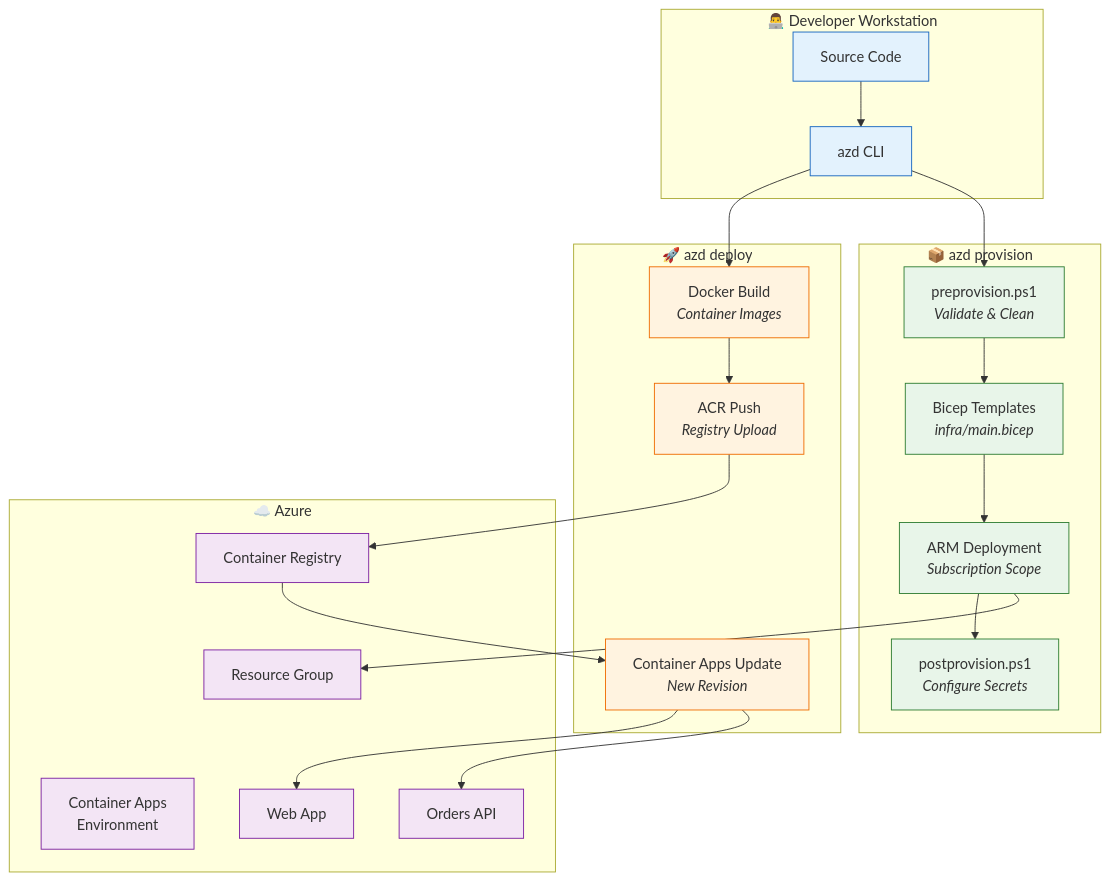
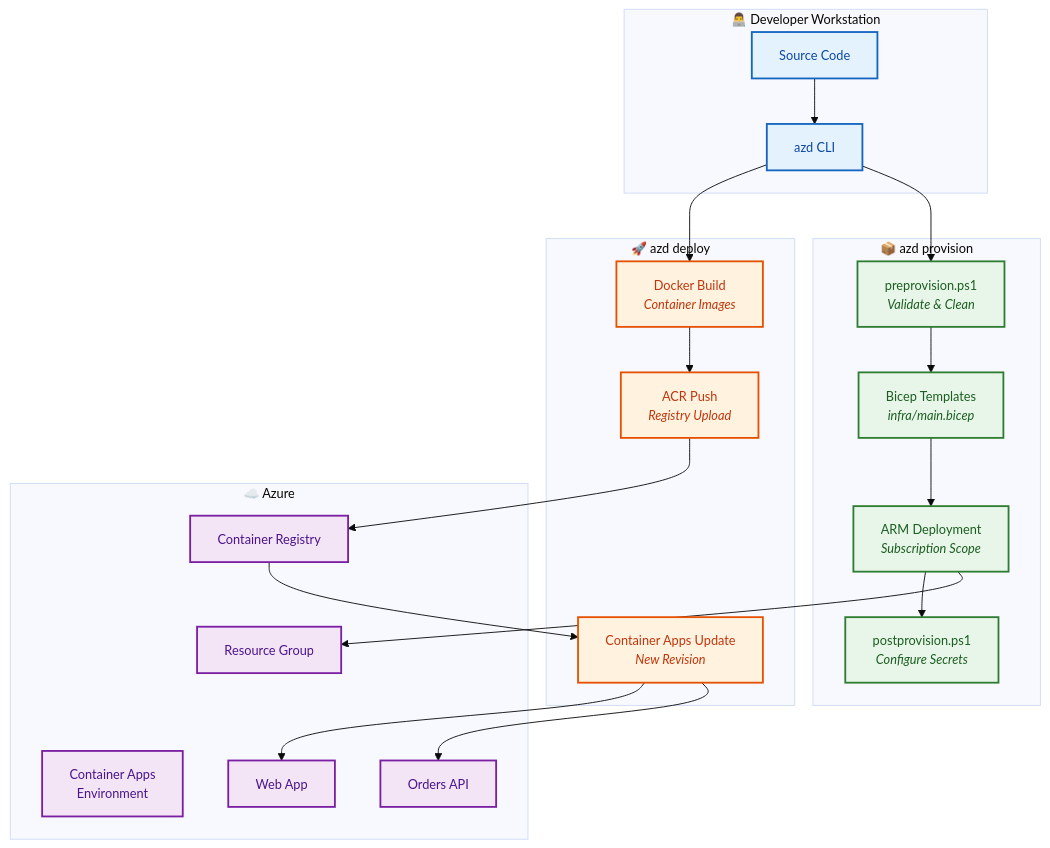
Before and after one commit to Evilazaro/Azure-LogicApps-Monitoring: the first of 4 diagrams in docs/architecture/07-deployment-architecture.md, drawn with Mermaid. The commit also changed other lines of this file, not shown here.

Commit message:
Enhance deployment architecture documentation with improved Mermaid diagram styles and accessibility features

````diff
--- a/docs/architecture/07-deployment-architecture.md
+++ b/docs/architecture/07-deployment-architecture.md
@@ -25,52 +25,54 @@
 ```mermaid
+%%{init: {'theme': 'base', 'themeVariables': { 'fontSize': '14px'}}}%%
 flowchart TB
     subgraph Developer["👨‍💻 Developer Workstation"]
         Code["Source Code"]
         AZD["azd CLI"]
     end
 
     subgraph Provision["📦 azd provision"]
         PreHook["preprovision.ps1<br/><i>Validate & Clean</i>"]
         Bicep["Bicep Templates<br/><i>infra/main.bicep</i>"]
         ARM["ARM Deployment<br/><i>Subscription Scope</i>"]
         PostHook["postprovision.ps1<br/><i>Configure Secrets</i>"]
     end
 
     subgraph Deploy["🚀 azd deploy"]
         Build["Docker Build<br/><i>Container Images</i>"]
         Push["ACR Push<br/><i>Registry Upload</i>"]
         Update["Container Apps Update<br/><i>New Revision</i>"]
     end
 
     subgraph Azure["☁️ Azure"]
         RG["Resource Group"]
         ACR["Container Registry"]
         CAE["Container Apps<br/>Environment"]
         API["Orders API"]
         Web["Web App"]
     end
 
     Code --> AZD
     AZD --> PreHook
     PreHook --> Bicep
     Bicep --> ARM
     ARM --> RG
     ARM --> PostHook
     
     AZD --> Build
     Build --> Push
     Push --> ACR
     ACR --> Update
     Update --> API
     Update --> Web
 
-    classDef dev fill:#e3f2fd,stroke:#1565c0
-    classDef provision fill:#e8f5e9,stroke:#2e7d32
-    classDef deploy fill:#fff3e0,stroke:#ef6c00
-    classDef azure fill:#f3e5f5,stroke:#7b1fa2
+    %% Accessible color palette for deployment phases
+    classDef dev fill:#e3f2fd,stroke:#1565c0,stroke-width:2px,color:#0d47a1
+    classDef provision fill:#e8f5e9,stroke:#2e7d32,stroke-width:2px,color:#1b5e20
+    classDef deploy fill:#fff3e0,stroke:#e65100,stroke-width:2px,color:#bf360c
+    classDef azure fill:#f3e5f5,stroke:#7b1fa2,stroke-width:2px,color:#4a148c
 
     class Code,AZD dev
     class PreHook,Bicep,ARM,PostHook provision
     class Build,Push,Update deploy
     class RG,ACR,CAE,API,Web azure
 ```
````
